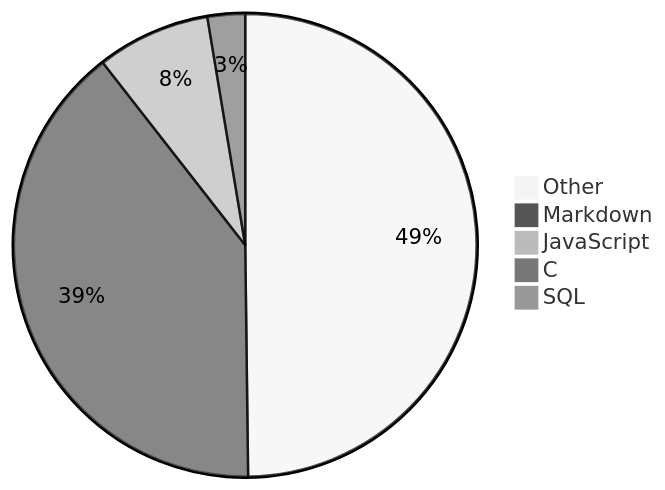
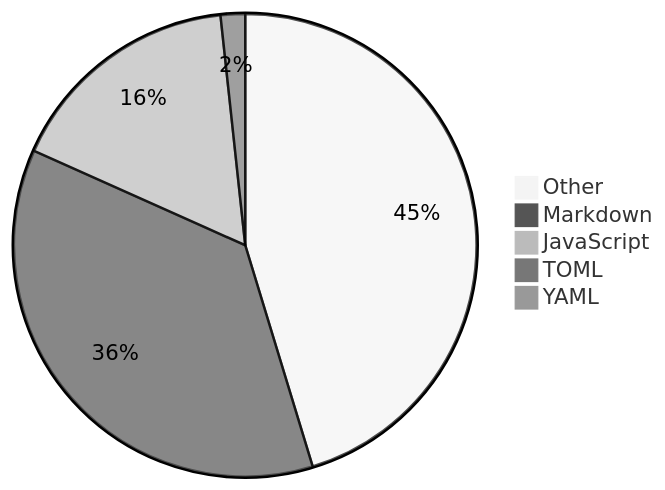
Before and after one commit to Alicia111/alicia111: the diagram in README.md, drawn with Mermaid (neutral theme).

Commit message:
Update WakaTime stats (・ω・)b

````diff
--- a/README.md
+++ b/README.md
@@ -32,8 +32,8 @@
 ```mermaid
 pie
-    "Other" : 49.18
-    "Markdown" : 39.16
-    "JavaScript" : 7.82
-    "C" : 2.59
-    "SQL" : 0.72
+    "Other" : 44.25
+    "Markdown" : 35.56
+    "JavaScript" : 16.22
+    "TOML" : 1.67
+    "YAML" : 0.75
 ```
````
